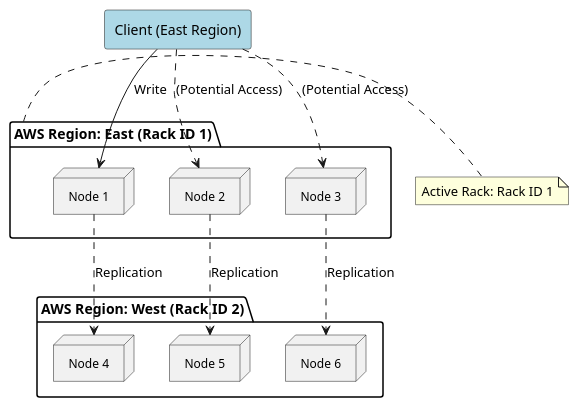
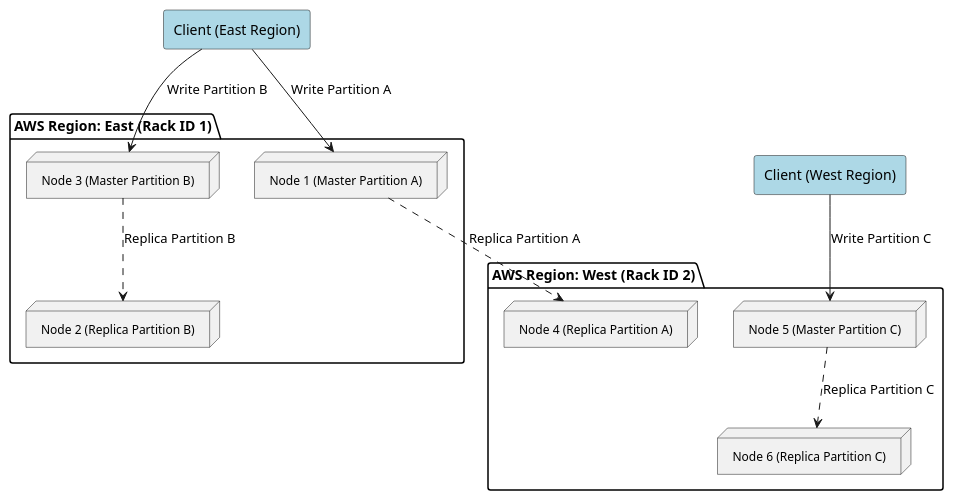
Before and after one commit to parirajan/GitHubRepoAssignment: the diagram in Python/docs/watch.puml, drawn with PlantUML.

```diff
--- a/Python/docs/watch.puml
+++ b/Python/docs/watch.puml
@@ -1,39 +1,37 @@
 @startuml
 skinparam cluster {
     BackgroundColor White
     BorderColor Black
     FontName Arial
 }
 skinparam node {
     FontColor Black
     FontSize 12
     FontName Arial
 }
 
 package "AWS Region: East (Rack ID 1)" as East {
-    node "Node 1" as Node1_East
-    node "Node 2" as Node2_East
-    node "Node 3" as Node3_East
+    node "Node 1 (Master Partition A)" as Node1_East
+    node "Node 2 (Replica Partition B)" as Node2_East
+    node "Node 3 (Master Partition B)" as Node3_East
 }
 
 package "AWS Region: West (Rack ID 2)" as West {
-    node "Node 4" as Node1_West
-    node "Node 5" as Node2_West
-    node "Node 6" as Node3_West
+    node "Node 4 (Replica Partition A)" as Node1_West
+    node "Node 5 (Master Partition C)" as Node2_West
+    node "Node 6 (Replica Partition C)" as Node3_West
 }
 
 rectangle "Client (East Region)" as Client_East #LightBlue
+rectangle "Client (West Region)" as Client_West #LightBlue
 
-note right of East
-Active Rack: Rack ID 1
-end note
+Client_East --> Node1_East : Write Partition A
+Client_East --> Node3_East : Write Partition B
 
-Client_East --> Node1_East : Write
-Client_East ..> Node2_East : (Potential Access)
-Client_East ..> Node3_East : (Potential Access)
+Client_West --> Node2_West : Write Partition C
 
-Node1_East ..> Node1_West : Replication
-Node2_East ..> Node2_West : Replication
-Node3_East ..> Node3_West : Replication
+Node1_East ..> Node1_West : Replica Partition A
+Node3_East ..> Node2_East : Replica Partition B
+Node2_West ..> Node3_West : Replica Partition C
 
 @enduml
```
